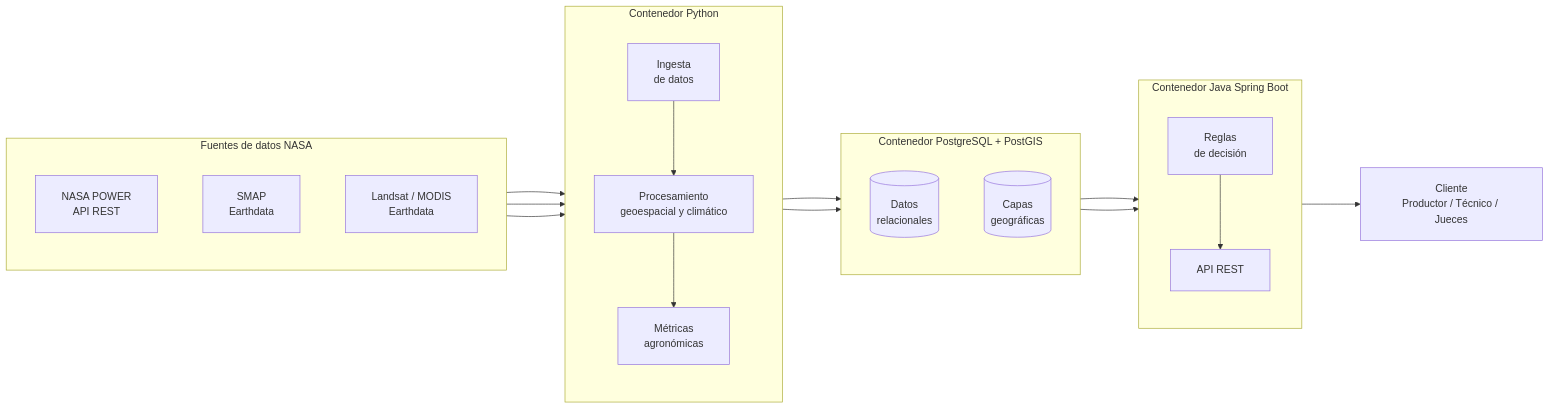
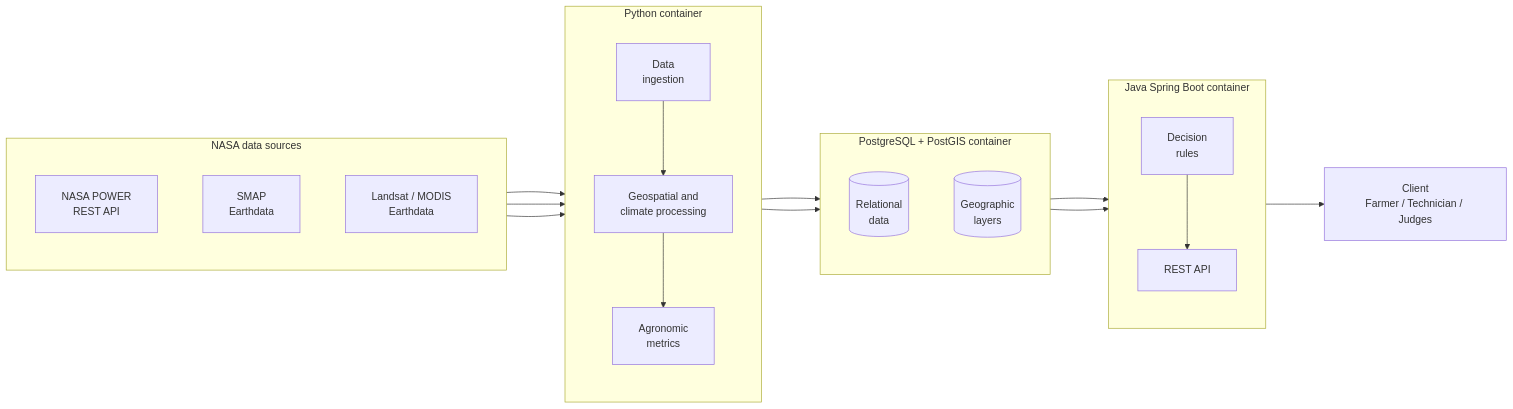
Before and after one commit to Rrodrovan/AFND: the diagram in README.md, drawn with Mermaid. The commit also changed other lines of this file and 1 other file, not shown here.

````diff
--- a/README.md
+++ b/README.md
@@ -157,47 +165,47 @@
 ```mermaid
 %%{init: {"flowchart": {"nodeSpacing": 70, "rankSpacing": 90, "curve": "basis", "padding": 20}}}%%
 flowchart LR
 
-    subgraph NASA["Fuentes de datos NASA"]
+    subgraph NASA["NASA data sources"]
         direction TB
-        POWER["NASA POWER<br/>API REST"]
+        POWER["NASA POWER<br/>REST API"]
         SMAP["SMAP<br/>Earthdata"]
         LS["Landsat / MODIS<br/>Earthdata"]
     end
 
-    subgraph ETL["Contenedor Python"]
+    subgraph ETL["Python container"]
         direction TB
-        INGEST["Ingesta<br/>de datos"]
-        PROC["Procesamiento<br/>geoespacial y climático"]
-        METR["Métricas<br/>agronómicas"]
+        INGEST["Data<br/>ingestion"]
+        PROC["Geospatial and<br/>climate processing"]
+        METR["Agronomic<br/>metrics"]
         INGEST --> PROC
         PROC --> METR
     end
 
-    subgraph DB["Contenedor PostgreSQL + PostGIS"]
+    subgraph DB["PostgreSQL + PostGIS container"]
         direction TB
-        REL[("Datos<br/>relacionales")]
-        GEO[("Capas<br/>geográficas")]
+        REL[("Relational<br/>data")]
+        GEO[("Geographic<br/>layers")]
     end
 
-    subgraph BACK["Contenedor Java Spring Boot"]
+    subgraph BACK["Java Spring Boot container"]
         direction TB
-        RULES["Reglas<br/>de decisión"]
-        API["API REST"]
+        RULES["Decision<br/>rules"]
+        API["REST API"]
         RULES --> API
     end
 
-    CLIENT["Cliente<br/>Productor / Técnico / Jueces"]
+    CLIENT["Client<br/>Farmer / Technician / Judges"]
 
     POWER --> INGEST
     SMAP --> INGEST
     LS --> INGEST
 
     METR --> REL
     METR --> GEO
 
     REL --> RULES
     GEO --> RULES
 
     API --> CLIENT
 ```
````
